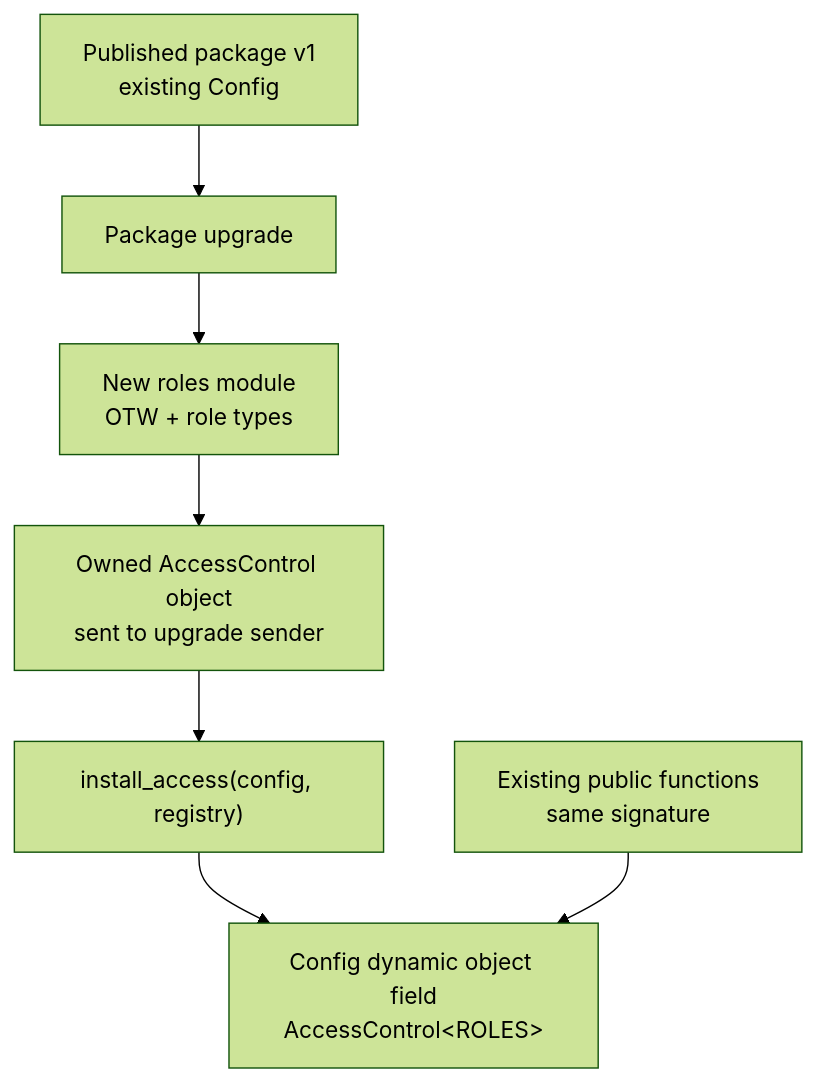
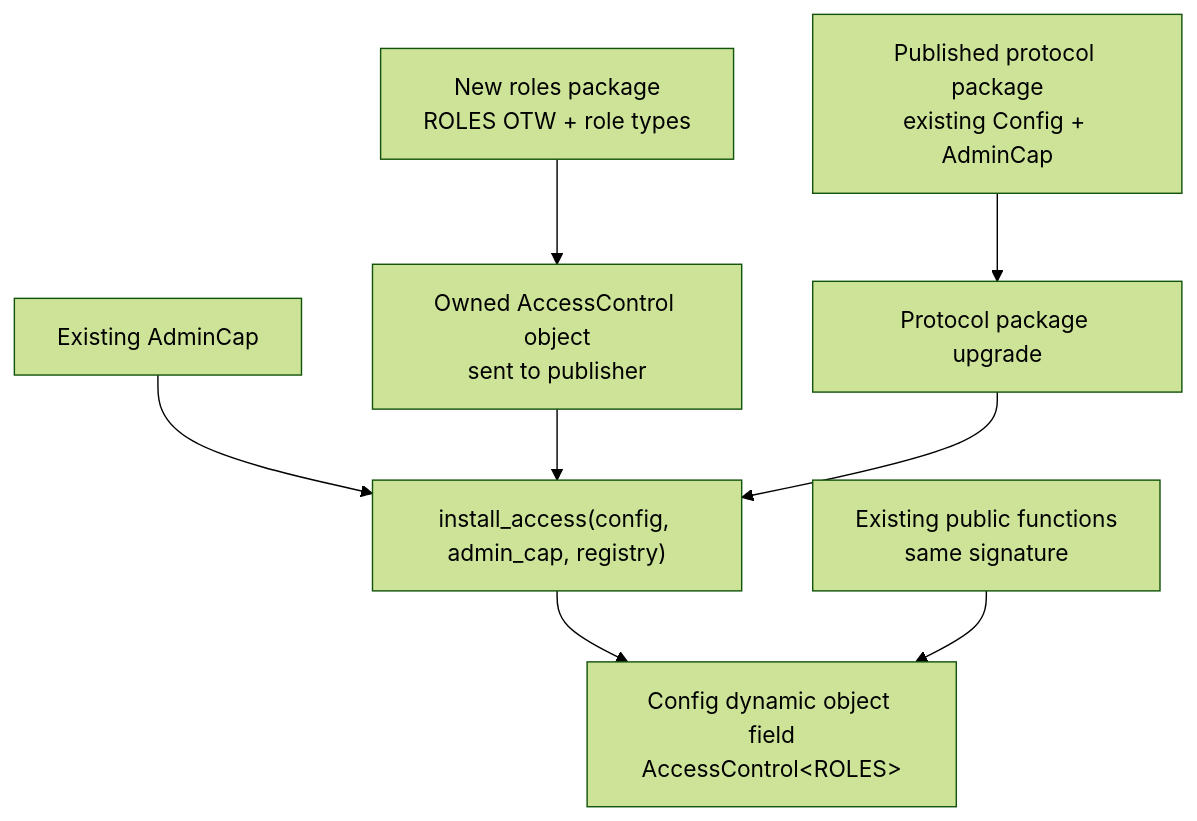
Before and after one commit to OpenZeppelin/docs: the fourth of 7 diagrams in content/contracts-sui/1.x/guides/access-control.mdx, drawn with Mermaid (forest theme). The commit also changed other lines of this file and 2 other files, not shown here.

````diff
--- a/content/contracts-sui/1.x/guides/access-control.mdx
+++ b/content/contracts-sui/1.x/guides/access-control.mdx
@@ -286,9 +428,10 @@
 ```mermaid
 flowchart TB
-    V1["Published package v1<br/>existing Config"] --> Upgrade["Package upgrade"]
-    Upgrade --> Roles["New roles module<br/>OTW + role types"]
-    Roles --> OwnedRegistry["Owned AccessControl object<br/>sent to upgrade sender"]
-    OwnedRegistry --> Install["install_access(config, registry)"]
+    RolesPkg["New roles package<br/>ROLES OTW + role types"] --> OwnedRegistry["Owned AccessControl object<br/>sent to publisher"]
+    V1["Published protocol package<br/>existing Config + AdminCap"] --> Upgrade["Protocol package upgrade"]
+    AdminCap["Existing AdminCap"] --> Install["install_access(config, admin_cap, registry)"]
+    OwnedRegistry --> Install
+    Upgrade --> Install
     Install --> ConfigField["Config dynamic object field<br/>AccessControl&lt;ROLES&gt;"]
     Existing["Existing public functions<br/>same signature"] --> ConfigField
 ```
````
